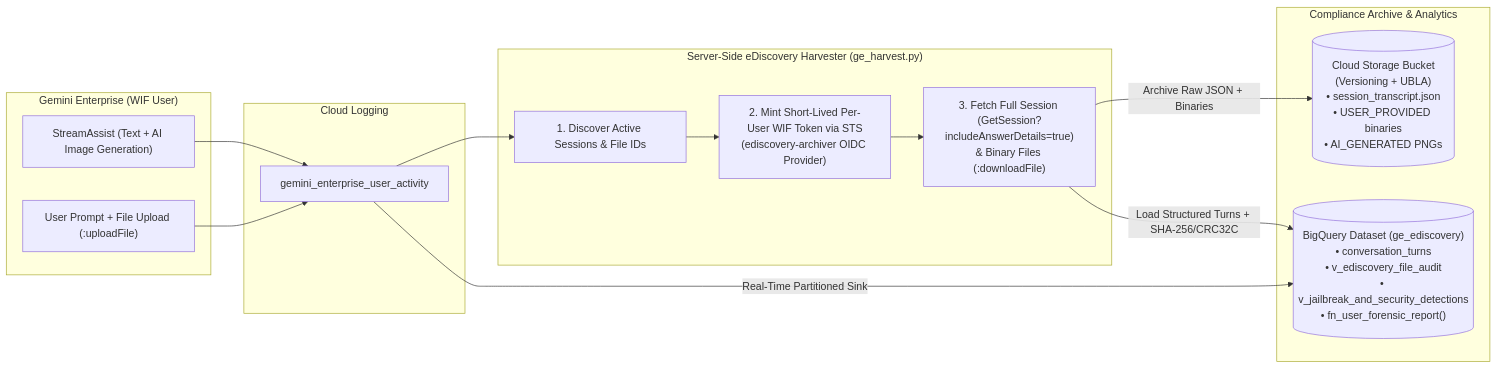
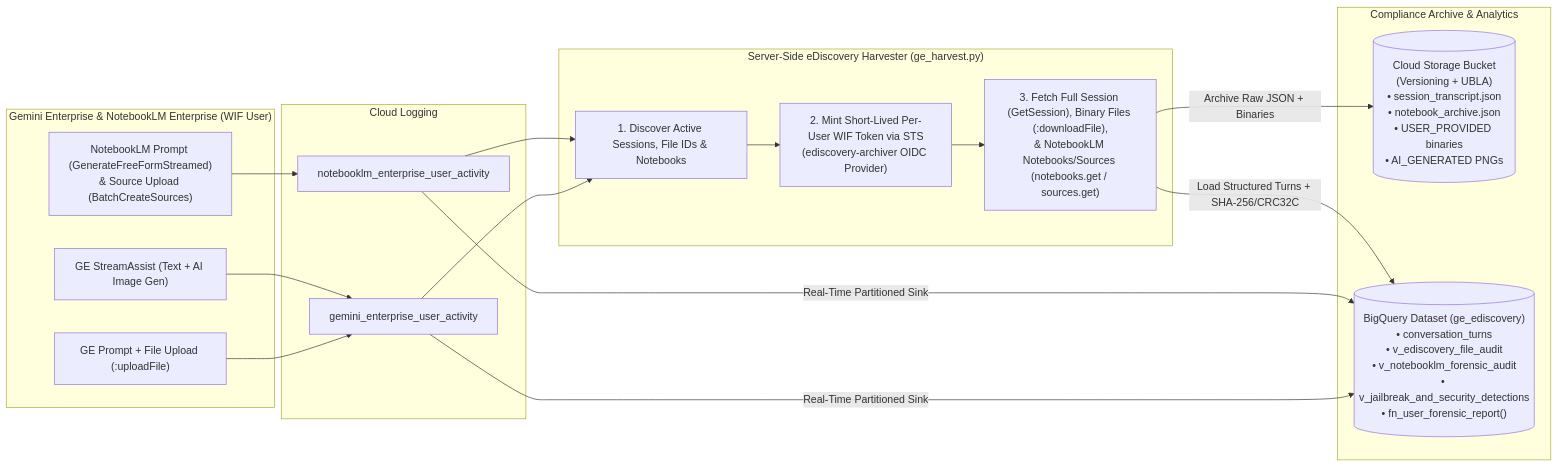
Before and after one commit to peterfishergcp/gps-ai-hub: the diagram in projects/ge-ediscovery-logging/README.md, drawn with Mermaid. The commit also changed other lines of this file and 2 other files, not shown here.

Commit message:
docs(ge-ediscovery-logging): add NotebookLM Enterprise forensic SQL views, queries, and architecture

````diff
--- a/projects/ge-ediscovery-logging/README.md
+++ b/projects/ge-ediscovery-logging/README.md
@@ -33,31 +36,36 @@
 ```mermaid
 flowchart LR
-    subgraph User["Gemini Enterprise (WIF User)"]
-        A["User Prompt + File Upload (:uploadFile)"]
-        B["StreamAssist (Text + AI Image Generation)"]
+    subgraph User["Gemini Enterprise & NotebookLM Enterprise (WIF User)"]
+        A["GE Prompt + File Upload (:uploadFile)"]
+        B["GE StreamAssist (Text + AI Image Gen)"]
+        N["NotebookLM Prompt (GenerateFreeFormStreamed)\n& Source Upload (BatchCreateSources)"]
     end
 
     subgraph Logging["Cloud Logging"]
         C["gemini_enterprise_user_activity"]
+        NL["notebooklm_enterprise_user_activity"]
     end
 
     subgraph Harvester["Server-Side eDiscovery Harvester (ge_harvest.py)"]
-        D["1. Discover Active Sessions & File IDs"]
+        D["1. Discover Active Sessions, File IDs & Notebooks"]
         E["2. Mint Short-Lived Per-User WIF Token via STS\n(ediscovery-archiver OIDC Provider)"]
-        F["3. Fetch Full Session (GetSession?includeAnswerDetails=true)\n& Binary Files (:downloadFile)"]
+        F["3. Fetch Full Session (GetSession), Binary Files (:downloadFile),\n& NotebookLM Notebooks/Sources (notebooks.get / sources.get)"]
     end
 
     subgraph Storage["Compliance Archive & Analytics"]
-        G[("Cloud Storage Bucket\n(Versioning + UBLA)\n• session_transcript.json\n• USER_PROVIDED binaries\n• AI_GENERATED PNGs")]
-        H[("BigQuery Dataset (ge_ediscovery)\n• conversation_turns\n• v_ediscovery_file_audit\n• v_jailbreak_and_security_detections\n• fn_user_forensic_report()")]
+        G[("Cloud Storage Bucket\n(Versioning + UBLA)\n• session_transcript.json\n• notebook_archive.json\n• USER_PROVIDED binaries\n• AI_GENERATED PNGs")]
+        H[("BigQuery Dataset (ge_ediscovery)\n• conversation_turns\n• v_ediscovery_file_audit\n• v_notebooklm_forensic_audit\n• v_jailbreak_and_security_detections\n• fn_user_forensic_report()")]
     end
 
     A --> C
     B --> C
+    N --> NL
     C -->|"Real-Time Partitioned Sink"| H
+    NL -->|"Real-Time Partitioned Sink"| H
     C --> D
+    NL --> D
     D --> E
     E --> F
     F -->|"Archive Raw JSON + Binaries"| G
     F -->|"Load Structured Turns + SHA-256/CRC32C"| H
 ```
````
